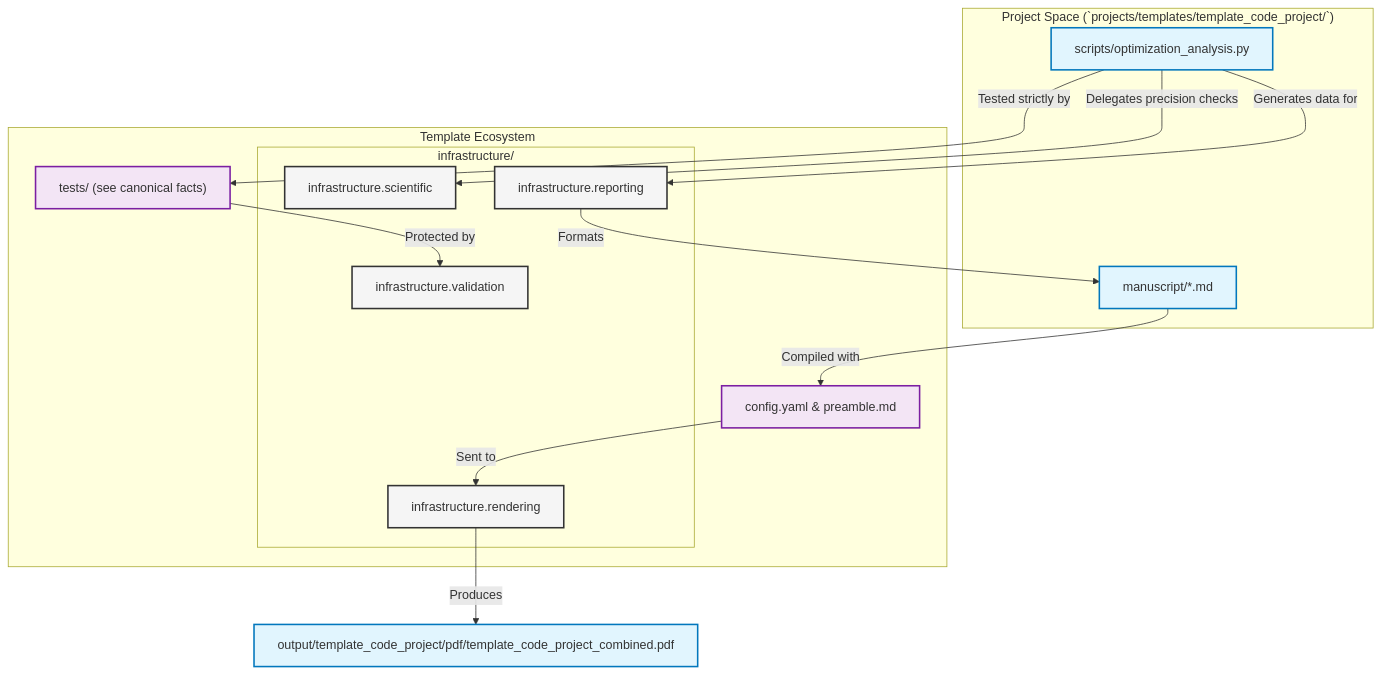
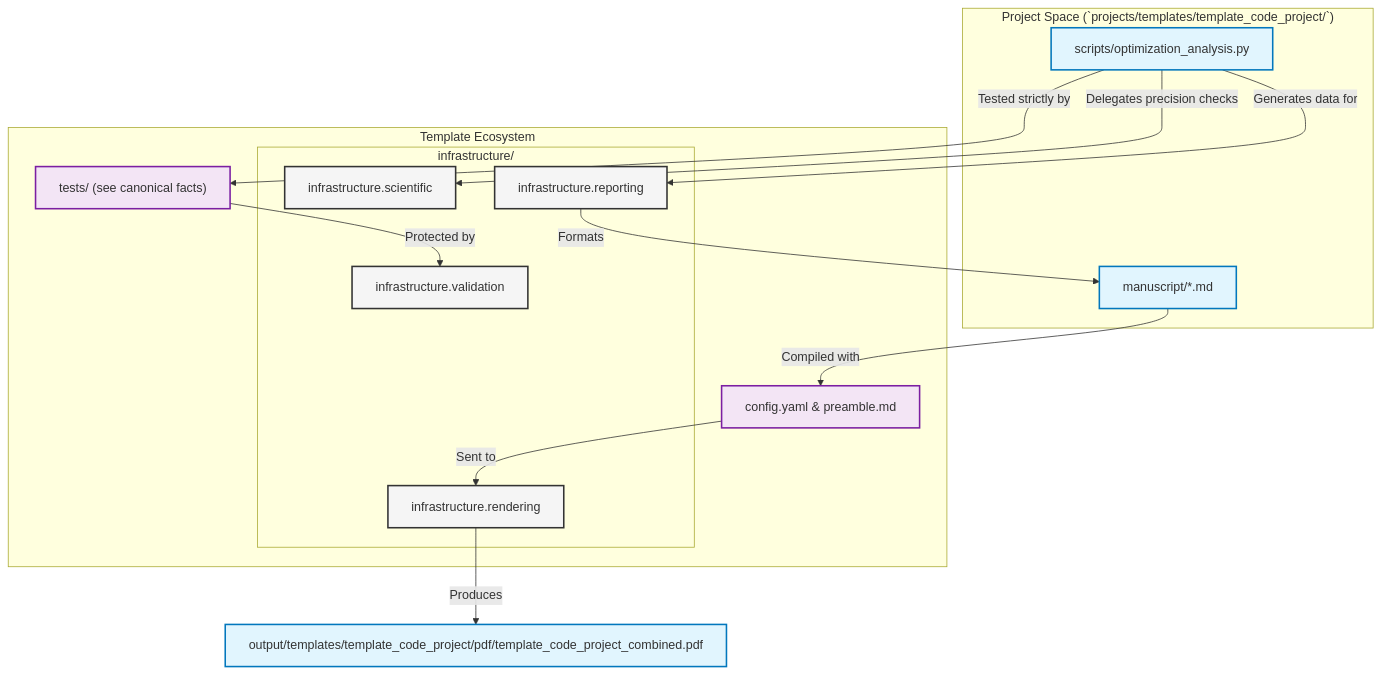
Before and after one commit to docxology/template: the diagram in projects/templates/template_code_project/manuscript/README.md, drawn with Mermaid. The commit also changed other lines of this file and 3858 other files, not shown here.

````diff
--- a/projects/templates/template_code_project/manuscript/README.md
+++ b/projects/templates/template_code_project/manuscript/README.md
@@ -29,32 +29,32 @@
 ```mermaid
 graph TD
     classDef infra fill:#f5f5f5,stroke:#333,stroke-width:2px;
     classDef project fill:#e1f5fe,stroke:#0277bd,stroke-width:2px;
     classDef docs fill:#f3e5f5,stroke:#7b1fa2,stroke-width:2px;
 
     subgraph "Project Space (`projects/templates/template_code_project/`)"
         Script["scripts/optimization_analysis.py"]:::project
         Manuscript["manuscript/*.md"]:::project
     end
 
     subgraph "Template Ecosystem"
         Tests["tests/ (see canonical facts)"]:::docs
         Config["config.yaml & preamble.md"]:::docs
         
         subgraph "`infrastructure/`"
             Validation["infrastructure.validation"]:::infra
             Scientific["infrastructure.scientific"]:::infra
             Reporting["infrastructure.reporting"]:::infra
             Rendering["infrastructure.rendering"]:::infra
         end
     end
 
     Script -->|Delegates precision checks| Scientific
     Script -->|Tested strictly by| Tests
     Tests -->|Protected by| Validation
     Script -->|Generates data for| Reporting
     Reporting -->|Formats| Manuscript
     Manuscript -->|Compiled with| Config
     Config -->|Sent to| Rendering
-    Rendering -->|Produces| PDF["output/template_code_project/pdf/template_code_project_combined.pdf"]:::project
+    Rendering -->|Produces| PDF["output/templates/template_code_project/pdf/template_code_project_combined.pdf"]:::project
 ```
````
